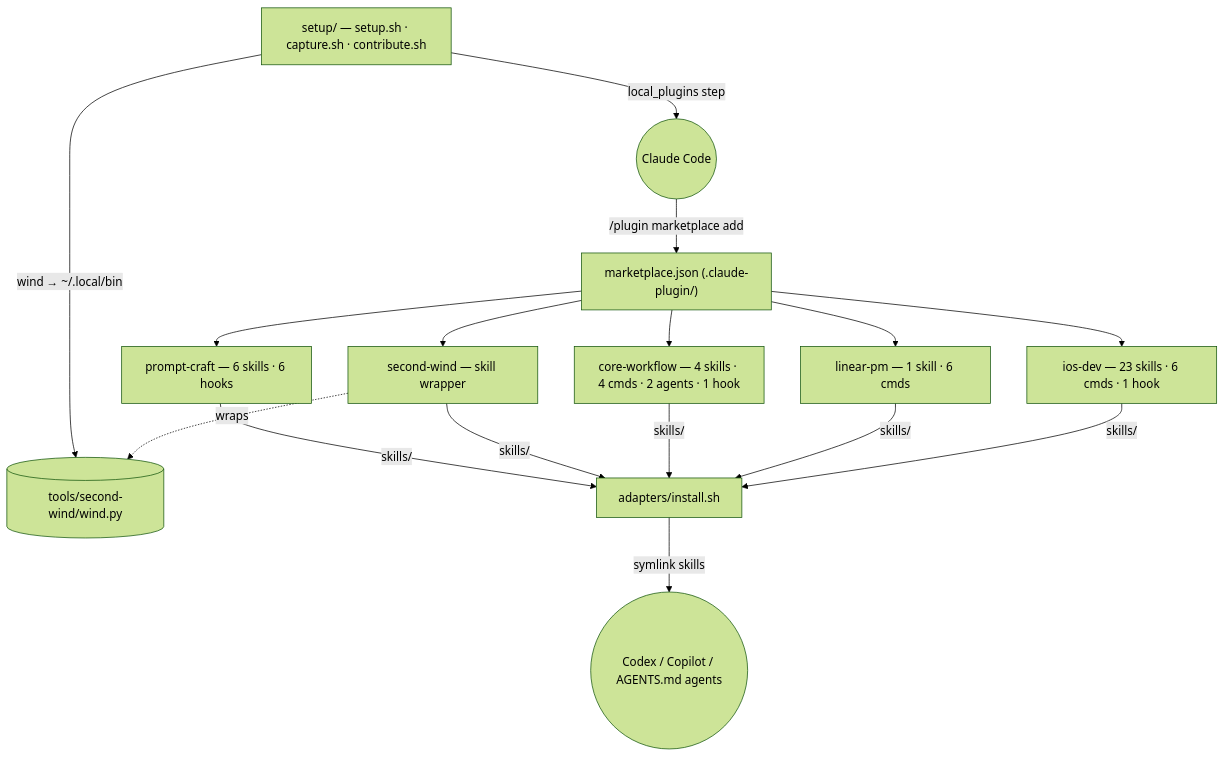
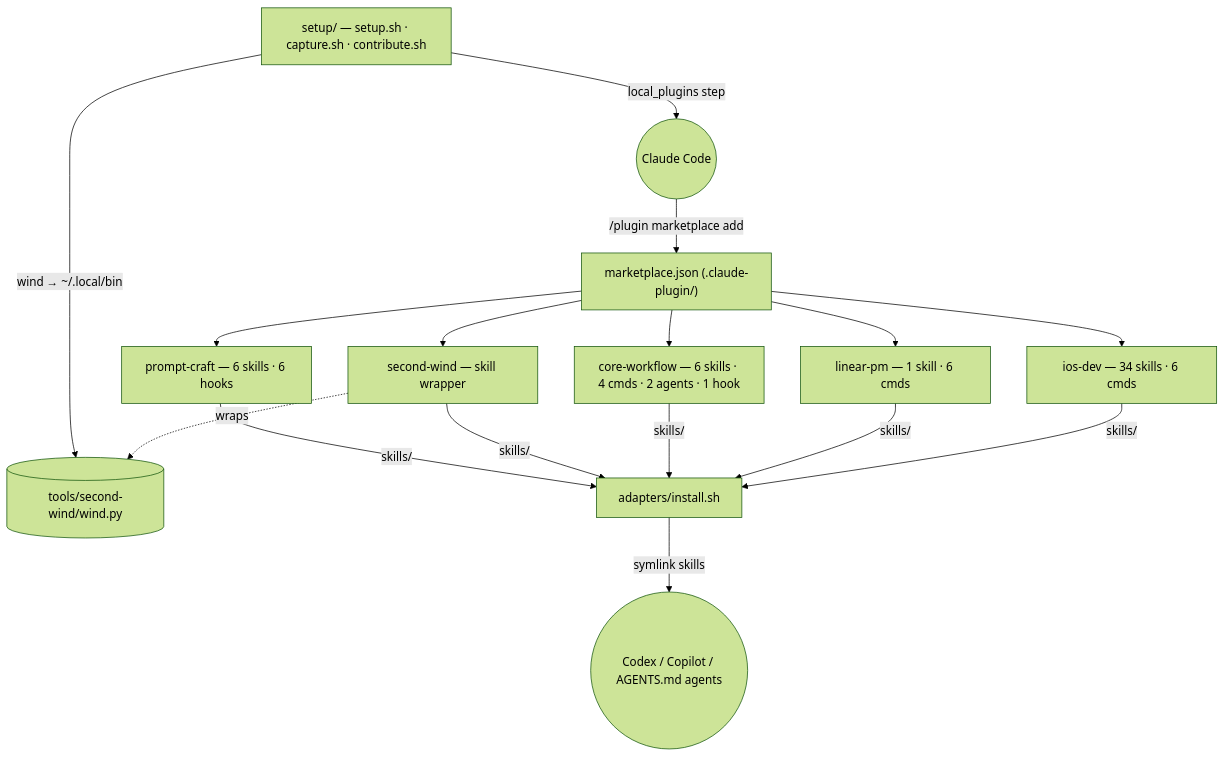
Before and after one commit to abhijitbansal/claude-skills: the diagram in docs/architecture.md, drawn with Mermaid (forest theme). The commit also changed other lines of this file and 19 other files, not shown here.

First line of the commit message:
docs(site): sync catalog/architecture/index for PR #10's 13 mined skills (#12)

````diff
--- a/docs/architecture.md
+++ b/docs/architecture.md
@@ -15,22 +15,22 @@
 ```mermaid
 flowchart TD
   MP["marketplace.json (.claude-plugin/)"]
-  IOS["ios-dev — 23 skills · 6 cmds · 1 hook"]
+  IOS["ios-dev — 34 skills · 6 cmds"]
   LIN["linear-pm — 1 skill · 6 cmds"]
-  CW["core-workflow — 4 skills · 4 cmds · 2 agents · 1 hook"]
+  CW["core-workflow — 6 skills · 4 cmds · 2 agents · 1 hook"]
   SW["second-wind — skill wrapper"]
   PC["prompt-craft — 6 skills · 6 hooks"]
   WIND[("tools/second-wind/wind.py")]
   AD["adapters/install.sh"]
   SEED["setup/ — setup.sh · capture.sh · contribute.sh"]
   CC(("Claude Code"))
   OTHER(("Codex / Copilot / AGENTS.md agents"))
 
   MP --> IOS & LIN & CW & SW & PC
   SW -.->|wraps| WIND
   CC -->|"/plugin marketplace add"| MP
   SEED -->|local_plugins step| CC
   SEED -->|"wind → ~/.local/bin"| WIND
   AD -->|symlink skills| OTHER
   IOS & LIN & CW & SW & PC -->|skills/| AD
 ```
````
